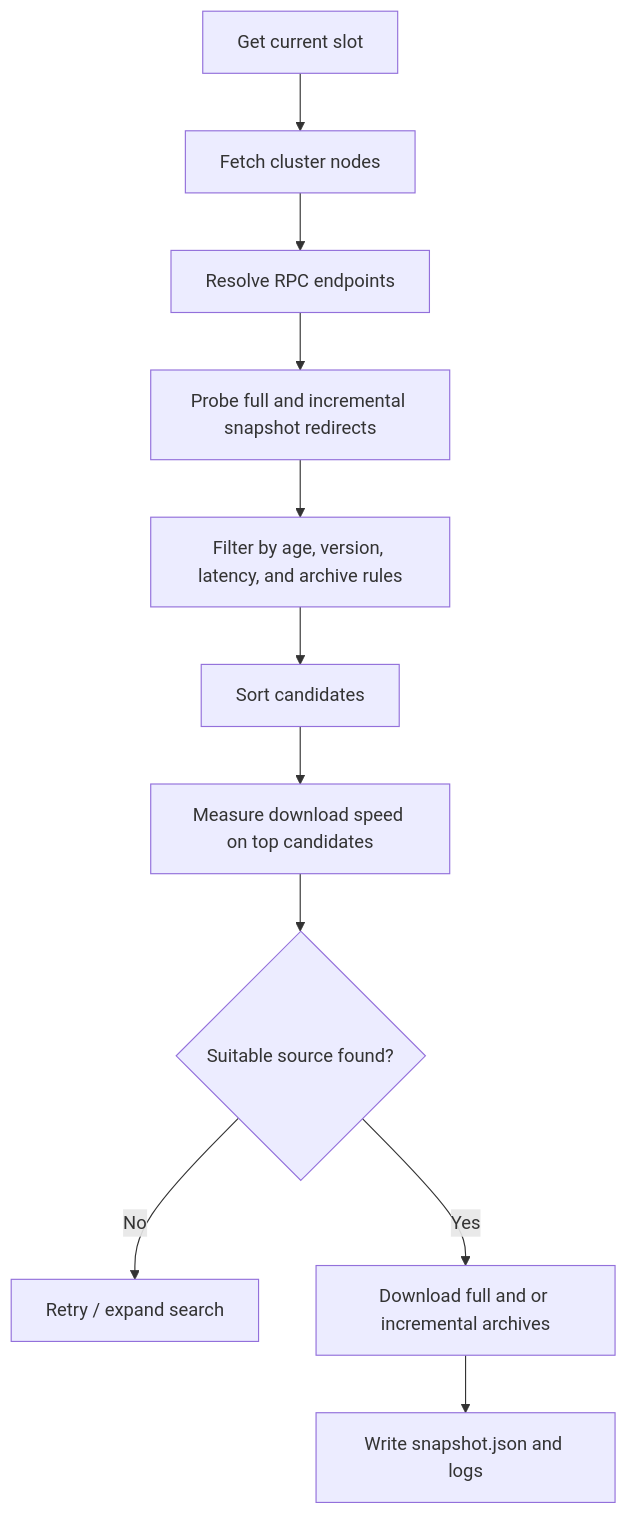
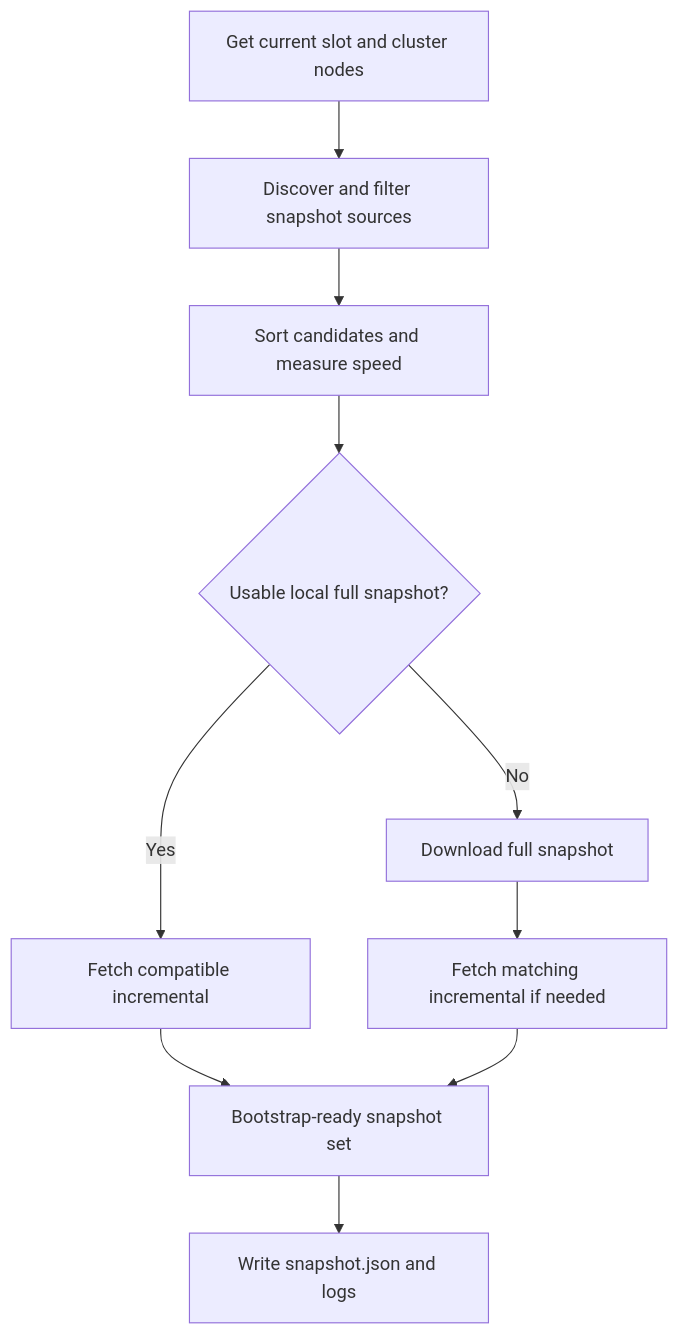
One commit to 1dad-io/solana-snapshot-finder changed the diagram in README.md. Above: the diagram before and after it, drawn with Mermaid.

Commit message:
docs: simplify README mermaid chart for current snapshot flow
Replace the outdated README mermaid chart with a smaller high-level flow that matches the current bootstrap logic more accurately.

Document that the tool either reuses a usable local full snapshot or downloads a new full snapshot, then fetches a matching incremental when needed before producing a bootstrap-ready snapshot set.

````diff
--- a/README.md
+++ b/README.md
@@ -21,13 +21,12 @@
 ```mermaid
 flowchart TD
-    A[Get current slot] --> B[Fetch cluster nodes]
-    B --> C[Resolve RPC endpoints]
-    C --> D[Probe full and incremental snapshot redirects]
-    D --> E[Filter by age, version, latency, and archive rules]
-    E --> F[Sort candidates]
-    F --> G[Measure download speed on top candidates]
-    G --> H{Suitable source found?}
-    H -- No --> I[Retry / expand search]
-    H -- Yes --> J[Download full and or incremental archives]
-    J --> K[Write snapshot.json and logs]
+    A[Get current slot and cluster nodes] --> B[Discover and filter snapshot sources]
+    B --> C[Sort candidates and measure speed]
+    C --> D{Usable local full snapshot?}
+    D -- Yes --> E[Fetch compatible incremental]
+    D -- No --> F[Download full snapshot]
+    F --> G[Fetch matching incremental if needed]
+    E --> H[Bootstrap-ready snapshot set]
+    G --> H
+    H --> I[Write snapshot.json and logs]
 ```
````
